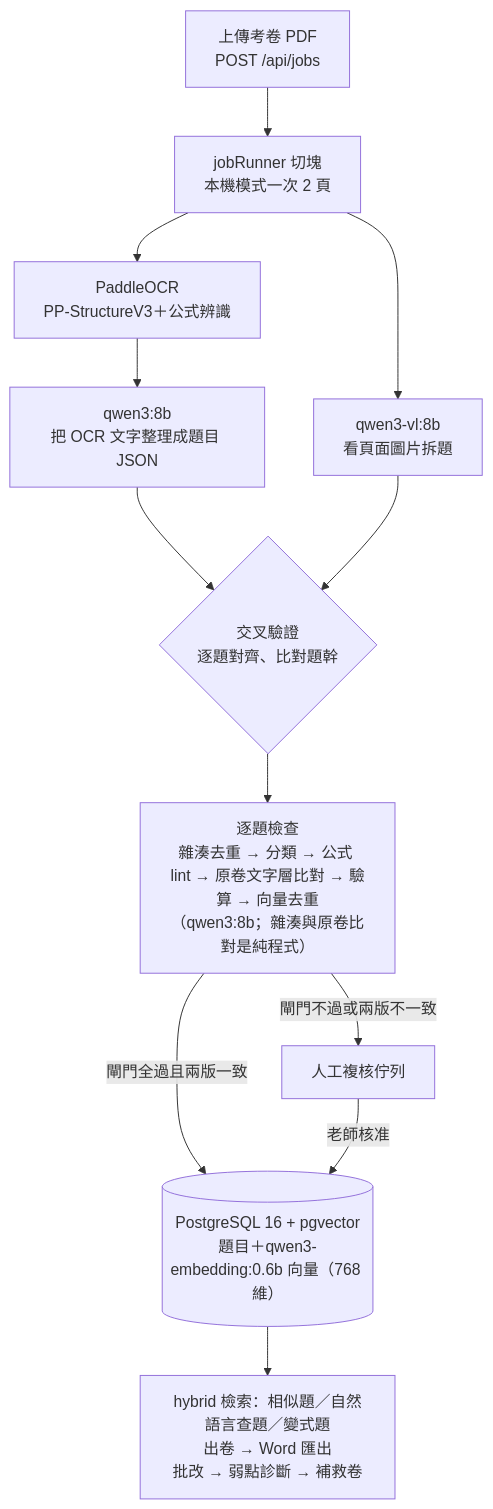
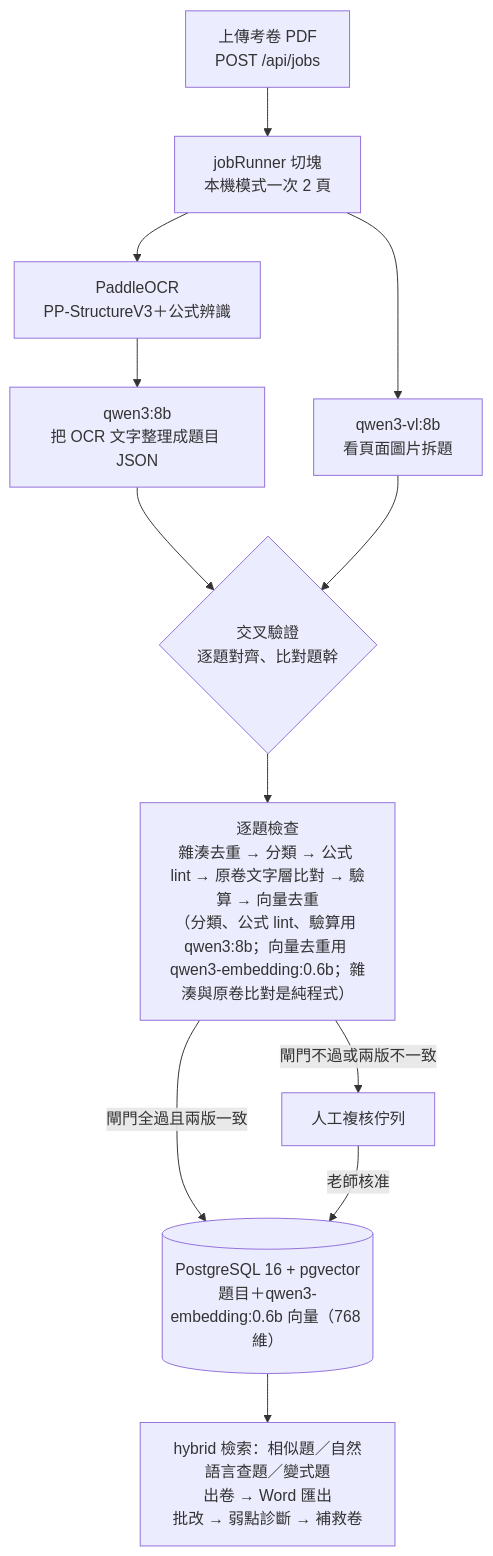
One commit to Tom-Yang-Ben/tutor-exam-bank changed the diagram in README.md. Above: the diagram before and after it, drawn with Mermaid. The commit also changed other lines of this file and 1 other file, not shown here.

First line of the commit message:
docs(readme,sad): 補上本機重錄的 macro-F1 與 nlq recall@10，改正未達項目與圖、日期

````diff
--- a/README.md
+++ b/README.md
@@ -25,14 +25,14 @@
 ```mermaid
 flowchart TD
     up["上傳考卷 PDF<br/>POST /api/jobs"] --> chunk["jobRunner 切塊<br/>本機模式一次 2 頁"]
     chunk --> ocr["PaddleOCR<br/>PP-StructureV3＋公式辨識"]
     chunk --> vlm["qwen3-vl:8b<br/>看頁面圖片拆題"]
     ocr --> ocrq["qwen3:8b<br/>把 OCR 文字整理成題目 JSON"]
     ocrq --> xc{"交叉驗證<br/>逐題對齊、比對題幹"}
     vlm --> xc
-    xc --> nodes["逐題檢查<br/>雜湊去重 → 分類 → 公式 lint → 原卷文字層比對 → 驗算 → 向量去重<br/>（qwen3:8b；雜湊與原卷比對是純程式）"]
+    xc --> nodes["逐題檢查<br/>雜湊去重 → 分類 → 公式 lint → 原卷文字層比對 → 驗算 → 向量去重<br/>（分類、公式 lint、驗算用 qwen3:8b；向量去重用 qwen3-embedding:0.6b；雜湊與原卷比對是純程式）"]
     nodes -->|"閘門全過且兩版一致"| db[("PostgreSQL 16 + pgvector<br/>題目＋qwen3-embedding:0.6b 向量（768 維）")]
     nodes -->|"閘門不過或兩版不一致"| review["人工複核佇列"]
     review -->|"老師核准"| db
     db --> use["hybrid 檢索：相似題／自然語言查題／變式題<br/>出卷 → Word 匯出<br/>批改 → 弱點診斷 → 補救卷"]
 ```
````
